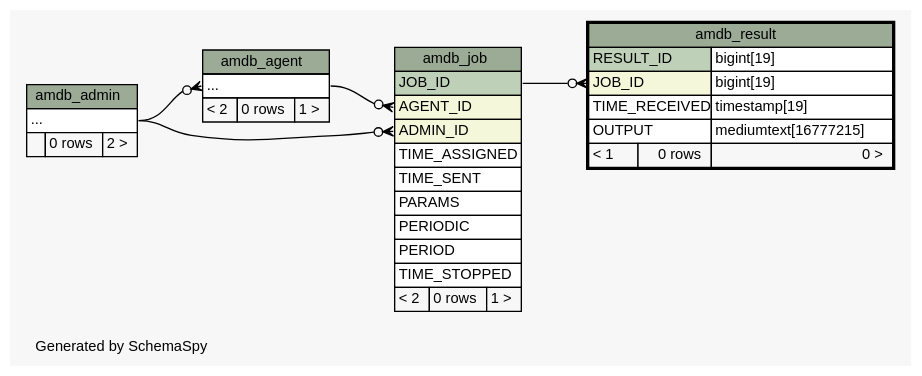
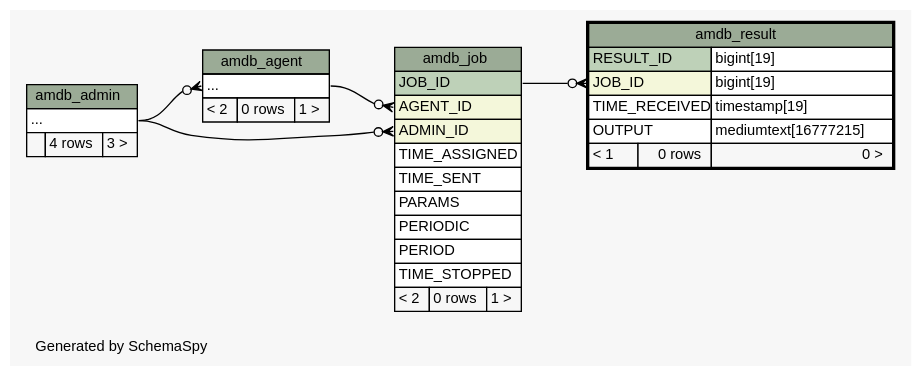
Before and after one commit to yannikab/k23b_ac: the diagram in am/doc/schemaspy/diagrams/amdb_result.2degrees.dot, drawn with Graphviz. The commit also changed 67 other files, not shown here.

```diff
--- a/am/doc/schemaspy/diagrams/amdb_result.2degrees.dot
+++ b/am/doc/schemaspy/diagrams/amdb_result.2degrees.dot
@@ -1,77 +1,77 @@
 // dot 2.38.0 on Linux 4.0.5-gentoo
 // SchemaSpy rev 590
 digraph "twoDegreesRelationshipsDiagram" {
   graph [
     rankdir="RL"
     bgcolor="#f7f7f7"
     label="\nGenerated by SchemaSpy"
     labeljust="l"
     nodesep="0.18"
     ranksep="0.46"
     fontname="Helvetica"
     fontsize="11"
   ];
   node [
     fontname="Helvetica"
     fontsize="11"
     shape="plaintext"
   ];
   edge [
     arrowsize="0.8"
   ];
   "amdb_agent":"elipses":w -> "amdb_admin":"elipses":e [arrowhead=none dir=back arrowtail=crowodot];
   "amdb_job":"ADMIN_ID":w -> "amdb_admin":"elipses":e [arrowhead=none dir=back arrowtail=crowodot];
   "amdb_job":"AGENT_ID":w -> "amdb_agent":"elipses":e [arrowhead=none dir=back arrowtail=crowodot];
   "amdb_result":"JOB_ID":w -> "amdb_job":"JOB_ID":e [arrowhead=none dir=back arrowtail=crowodot];
   "amdb_admin" [
     label=<
     <TABLE BORDER="0" CELLBORDER="1" CELLSPACING="0" BGCOLOR="#ffffff">
       <TR><TD COLSPAN="3" BGCOLOR="#9bab96" ALIGN="CENTER">amdb_admin</TD></TR>
       <TR><TD PORT="elipses" COLSPAN="3" ALIGN="LEFT">...</TD></TR>
-      <TR><TD ALIGN="LEFT" BGCOLOR="#f7f7f7">  </TD><TD ALIGN="RIGHT" BGCOLOR="#f7f7f7">0 rows</TD><TD ALIGN="RIGHT" BGCOLOR="#f7f7f7">2 &gt;</TD></TR>
+      <TR><TD ALIGN="LEFT" BGCOLOR="#f7f7f7">  </TD><TD ALIGN="RIGHT" BGCOLOR="#f7f7f7">4 rows</TD><TD ALIGN="RIGHT" BGCOLOR="#f7f7f7">3 &gt;</TD></TR>
     </TABLE>>
     URL="amdb_admin.html"
     tooltip="amdb_admin"
   ];
   "amdb_agent" [
     label=<
     <TABLE BORDER="0" CELLBORDER="1" CELLSPACING="0" BGCOLOR="#ffffff">
       <TR><TD COLSPAN="3" BGCOLOR="#9bab96" ALIGN="CENTER">amdb_agent</TD></TR>
       <TR><TD PORT="elipses" COLSPAN="3" ALIGN="LEFT">...</TD></TR>
       <TR><TD ALIGN="LEFT" BGCOLOR="#f7f7f7">&lt; 2</TD><TD ALIGN="RIGHT" BGCOLOR="#f7f7f7">0 rows</TD><TD ALIGN="RIGHT" BGCOLOR="#f7f7f7">1 &gt;</TD></TR>
     </TABLE>>
     URL="amdb_agent.html"
     tooltip="amdb_agent"
   ];
   "amdb_job" [
     label=<
     <TABLE BORDER="0" CELLBORDER="1" CELLSPACING="0" BGCOLOR="#ffffff">
       <TR><TD COLSPAN="3" BGCOLOR="#9bab96" ALIGN="CENTER">amdb_job</TD></TR>
       <TR><TD PORT="JOB_ID" COLSPAN="3" BGCOLOR="#bed1b8" ALIGN="LEFT">JOB_ID</TD></TR>
       <TR><TD PORT="AGENT_ID" COLSPAN="3" BGCOLOR="#f4f7da" ALIGN="LEFT">AGENT_ID</TD></TR>
       <TR><TD PORT="ADMIN_ID" COLSPAN="3" BGCOLOR="#f4f7da" ALIGN="LEFT">ADMIN_ID</TD></TR>
       <TR><TD PORT="TIME_ASSIGNED" COLSPAN="3" ALIGN="LEFT">TIME_ASSIGNED</TD></TR>
       <TR><TD PORT="TIME_SENT" COLSPAN="3" ALIGN="LEFT">TIME_SENT</TD></TR>
       <TR><TD PORT="PARAMS" COLSPAN="3" ALIGN="LEFT">PARAMS</TD></TR>
       <TR><TD PORT="PERIODIC" COLSPAN="3" ALIGN="LEFT">PERIODIC</TD></TR>
       <TR><TD PORT="PERIOD" COLSPAN="3" ALIGN="LEFT">PERIOD</TD></TR>
       <TR><TD PORT="TIME_STOPPED" COLSPAN="3" ALIGN="LEFT">TIME_STOPPED</TD></TR>
       <TR><TD ALIGN="LEFT" BGCOLOR="#f7f7f7">&lt; 2</TD><TD ALIGN="RIGHT" BGCOLOR="#f7f7f7">0 rows</TD><TD ALIGN="RIGHT" BGCOLOR="#f7f7f7">1 &gt;</TD></TR>
     </TABLE>>
     URL="amdb_job.html"
     tooltip="amdb_job"
   ];
   "amdb_result" [
     label=<
     <TABLE BORDER="2" CELLBORDER="1" CELLSPACING="0" BGCOLOR="#ffffff">
       <TR><TD COLSPAN="3" BGCOLOR="#9bab96" ALIGN="CENTER">amdb_result</TD></TR>
       <TR><TD PORT="RESULT_ID" COLSPAN="2" BGCOLOR="#bed1b8" ALIGN="LEFT">RESULT_ID</TD><TD PORT="RESULT_ID.type" ALIGN="LEFT">bigint[19]</TD></TR>
       <TR><TD PORT="JOB_ID" COLSPAN="2" BGCOLOR="#f4f7da" ALIGN="LEFT">JOB_ID</TD><TD PORT="JOB_ID.type" ALIGN="LEFT">bigint[19]</TD></TR>
       <TR><TD PORT="TIME_RECEIVED" COLSPAN="2" ALIGN="LEFT">TIME_RECEIVED</TD><TD PORT="TIME_RECEIVED.type" ALIGN="LEFT">timestamp[19]</TD></TR>
       <TR><TD PORT="OUTPUT" COLSPAN="2" ALIGN="LEFT">OUTPUT</TD><TD PORT="OUTPUT.type" ALIGN="LEFT">mediumtext[16777215]</TD></TR>
       <TR><TD ALIGN="LEFT" BGCOLOR="#f7f7f7">&lt; 1</TD><TD ALIGN="RIGHT" BGCOLOR="#f7f7f7">0 rows</TD><TD ALIGN="RIGHT" BGCOLOR="#f7f7f7">0 &gt;</TD></TR>
     </TABLE>>
     URL="amdb_result.html"
     tooltip="amdb_result"
   ];
 }
```
